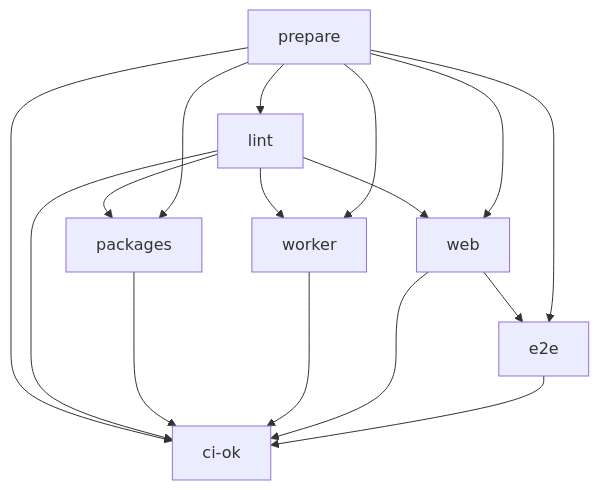
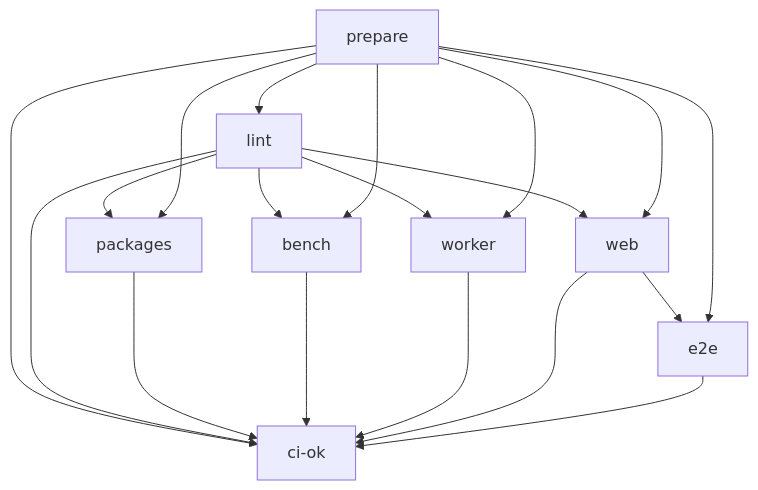
Before and after one commit to soroush-tech/core: the diagram in .github/workflows/ci.md, drawn with Mermaid. The commit also changed other lines of this file and 8 other files, not shown here.

````diff
--- a/.github/workflows/ci.md
+++ b/.github/workflows/ci.md
@@ -29,18 +29,21 @@
 ```mermaid
 flowchart TD
     prepare --> lint
     lint --> packages
+    lint --> bench
     lint --> worker
     lint --> web
     web --> e2e
     prepare --> packages
+    prepare --> bench
     prepare --> worker
     prepare --> web
     prepare --> e2e
     prepare --> ciok["ci-ok"]
     lint --> ciok
     packages --> ciok
+    bench --> ciok
     worker --> ciok
     web --> ciok
     e2e --> ciok
 ```
````
